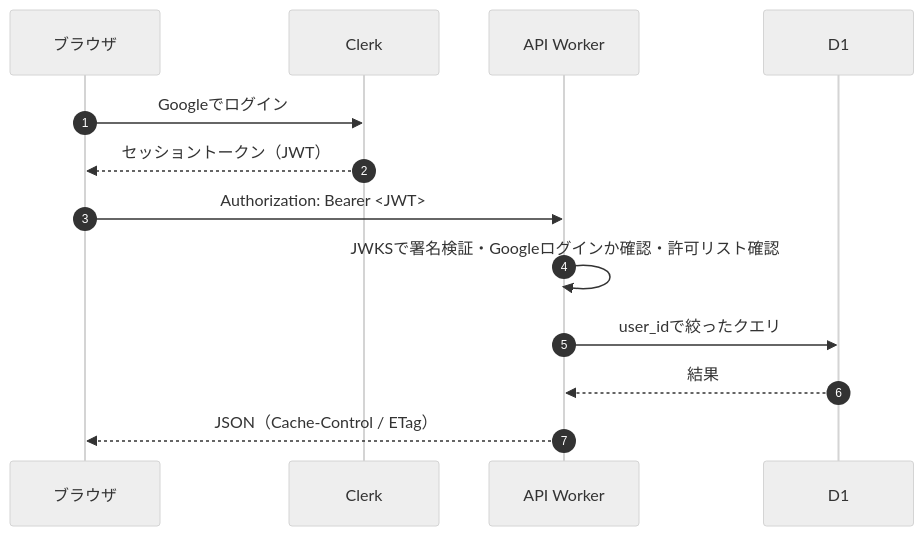
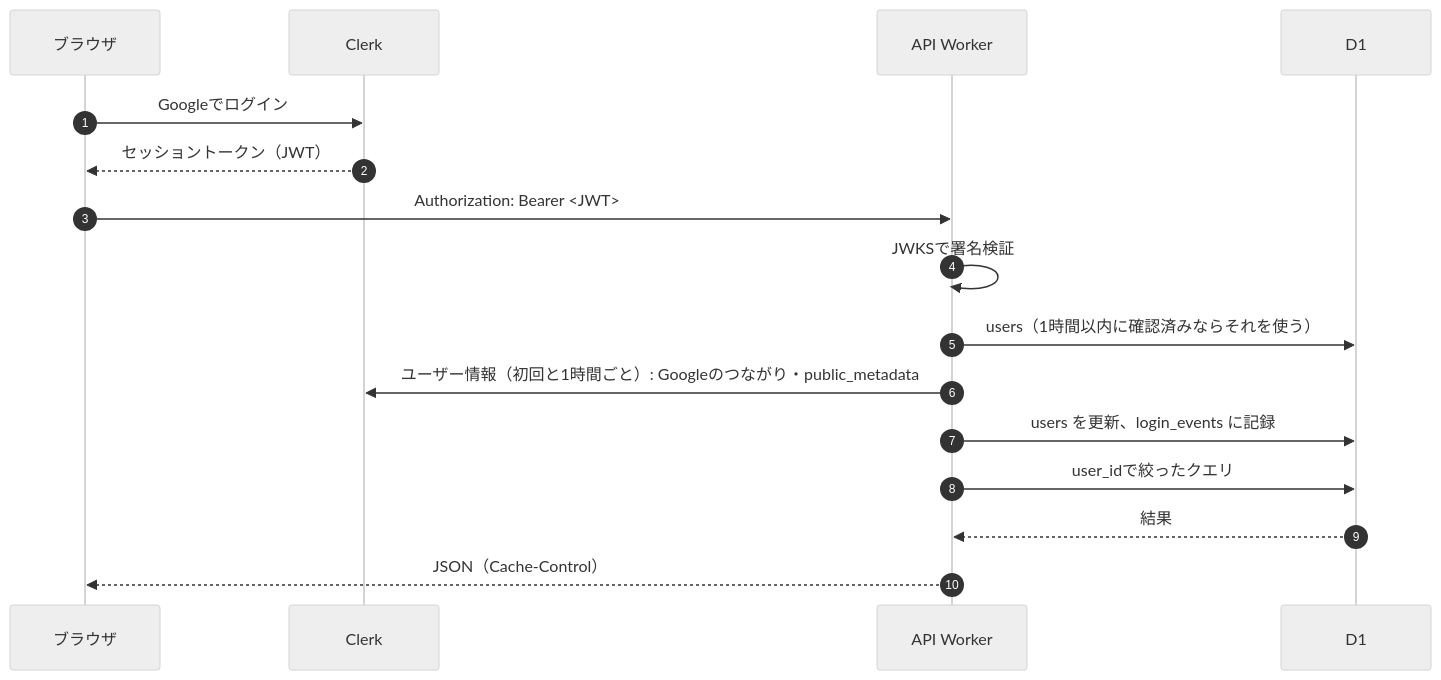
Before and after one commit to taaaaakahiro/stock-insight: the third of 4 diagrams in docs/04_basic_design.md, drawn with Mermaid (neutral theme). The commit also changed other lines of this file and 8 other files, not shown here.

````diff
--- a/docs/04_basic_design.md
+++ b/docs/04_basic_design.md
@@ -53,16 +66,19 @@
 ```mermaid
 sequenceDiagram
   autonumber
   participant B as ブラウザ
   participant C as Clerk
   participant API as API Worker
   participant D1 as D1
 
   B->>C: Googleでログイン
   C-->>B: セッショントークン（JWT）
   B->>API: Authorization: Bearer <JWT>
-  API->>API: JWKSで署名検証・Googleログインか確認・許可リスト確認
+  API->>API: JWKSで署名検証
+  API->>D1: users（1時間以内に確認済みならそれを使う）
+  API->>C: ユーザー情報（初回と1時間ごと）: Googleのつながり・public_metadata
+  API->>D1: users を更新、login_events に記録
   API->>D1: user_idで絞ったクエリ
   D1-->>API: 結果
-  API-->>B: JSON（Cache-Control / ETag）
+  API-->>B: JSON（Cache-Control）
 ```
````
